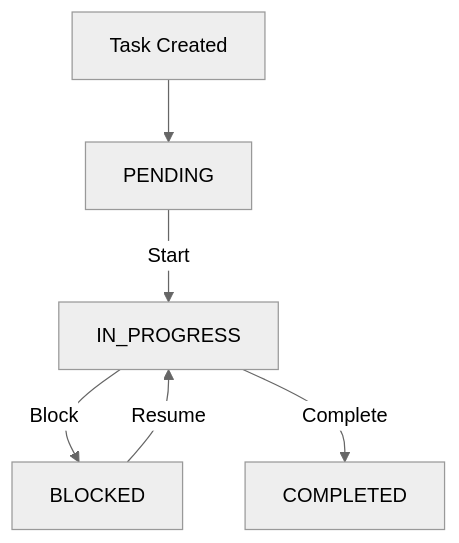
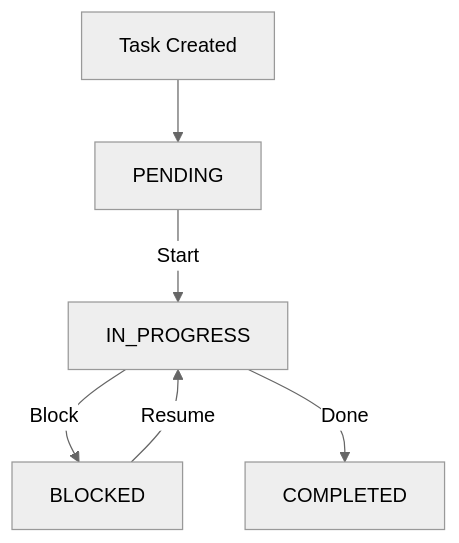
Before and after one commit to abhisekmohantychinua/ctx-cli-docs: the diagram in docs/concepts/tasks/index.md, drawn with Mermaid (neutral theme). The commit also changed other lines of this file and 45 other files, not shown here.

````diff
--- a/docs/concepts/tasks/index.md
+++ b/docs/concepts/tasks/index.md
@@ -42,8 +42,8 @@
 ```mermaid
 flowchart TD
     A["Task Created"] --> B["PENDING"]
     B -->|Start| C["IN_PROGRESS"]
     C -->|Block| D["BLOCKED"]
     D -->|Resume| C
-    C -->|Complete| E["COMPLETED"]
+    C -->|Done| E["COMPLETED"]
 ```
````
